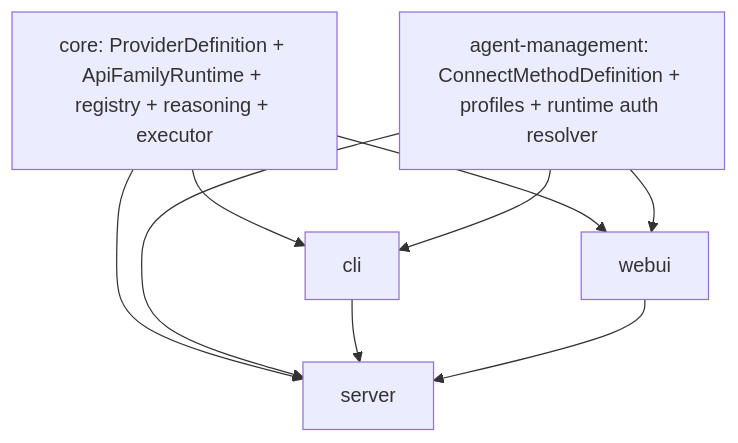
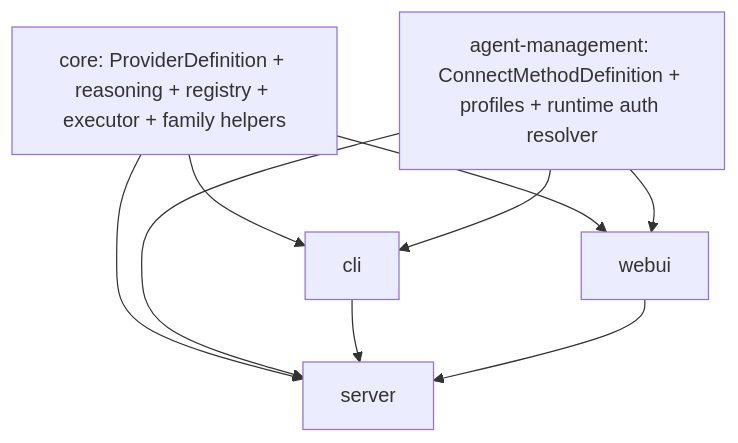
One commit to truffle-ai/dexto changed the fourth of 4 diagrams in feature-plans/oauth-and-more-providers/v2/PROPOSED_MODULE_TREE.md. Above: the diagram before and after it, drawn with Mermaid. The commit also changed other lines of this file, not shown here.

````diff
--- a/feature-plans/oauth-and-more-providers/v2/PROPOSED_MODULE_TREE.md
+++ b/feature-plans/oauth-and-more-providers/v2/PROPOSED_MODULE_TREE.md
@@ -565,13 +552,13 @@
 ```mermaid
 flowchart TD
-    A["core: ProviderDefinition + ApiFamilyRuntime + registry + reasoning + executor"] --> B["server"]
+    A["core: ProviderDefinition + reasoning + registry + executor + family helpers"] --> B["server"]
     A --> C["cli"]
     A --> D["webui"]
 
     E["agent-management: ConnectMethodDefinition + profiles + runtime auth resolver"] --> B
     E --> C
     E --> D
 
     C --> B
     D --> B
 ```
````
